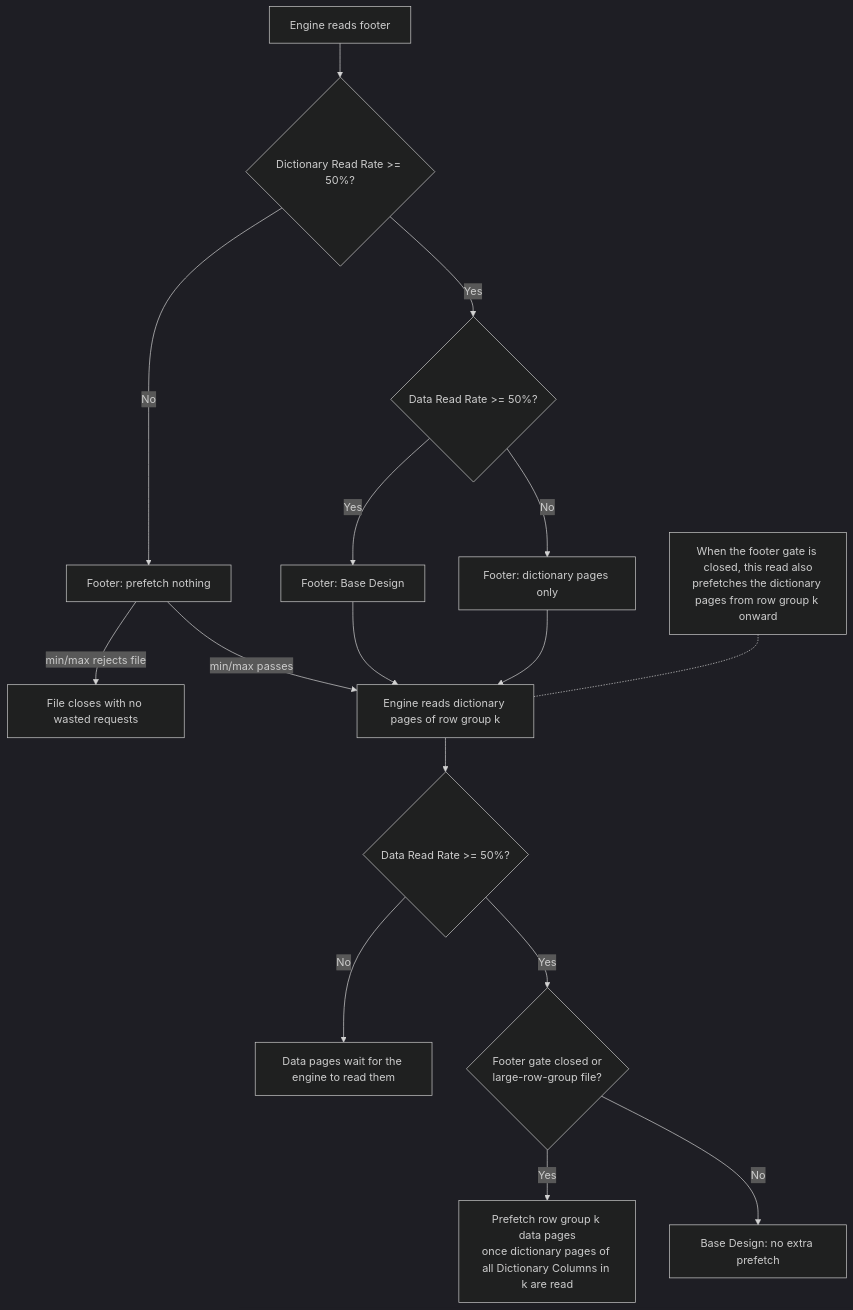
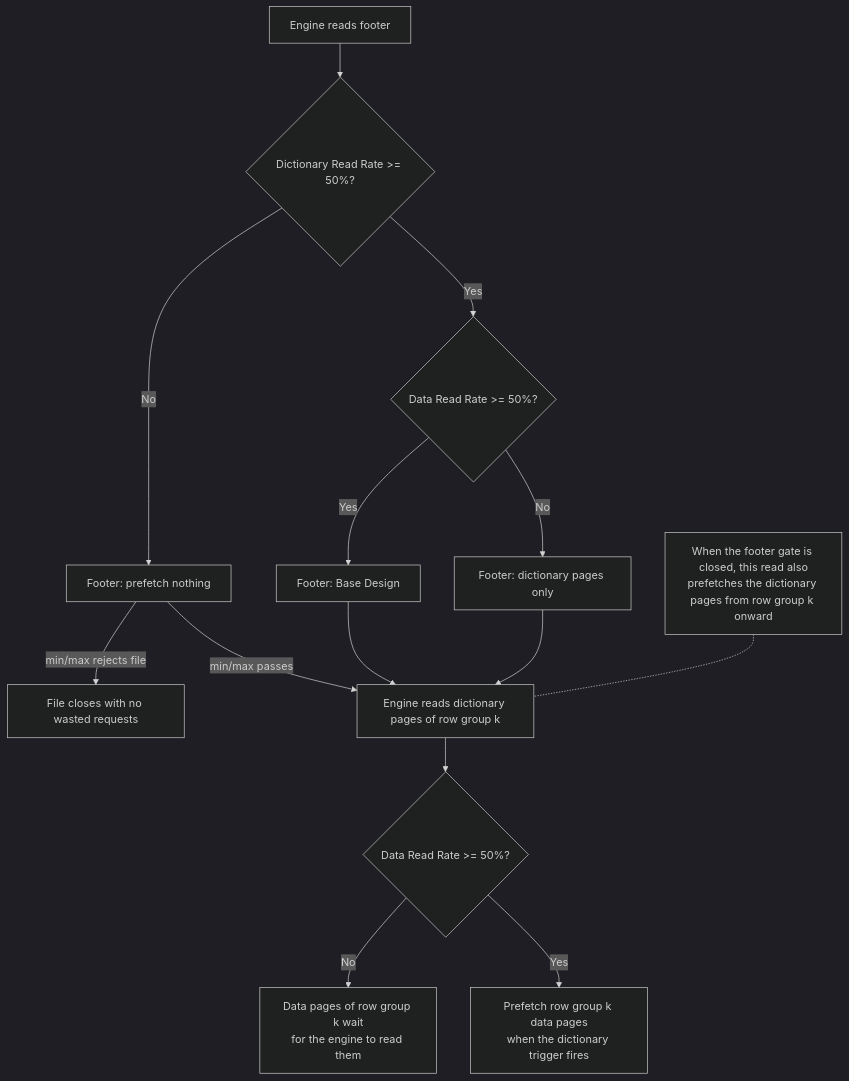
Before and after one commit to prudhvimaharishi/gcs-analytics-core: the sixth of 9 diagrams in .agents/predictive_prefetching_design_doc.md, drawn with Mermaid (dark theme). The commit also changed other lines of this file, not shown here.

````diff
--- a/.agents/predictive_prefetching_design_doc.md
+++ b/.agents/predictive_prefetching_design_doc.md
@@ -257,19 +323,17 @@
 ```mermaid
 flowchart TD
     Footer["Engine reads footer"] --> G1{"Dictionary Read Rate >= 50%?"}
     G1 -- "Yes" --> G2{"Data Read Rate >= 50%?"}
     G2 -- "Yes" --> FBase["Footer: Base Design"]
     G2 -- "No" --> FDict["Footer: dictionary pages only"]
     G1 -- "No" --> FNone["Footer: prefetch nothing"]
     FNone -- "min/max rejects file" --> Closed["File closes with no wasted requests"]
     FNone -- "min/max passes" --> Dict["Engine reads dictionary pages of row group k"]
     FBase --> Dict
     FDict --> Dict
     Dict --> G3{"Data Read Rate >= 50%?"}
-    G3 -- "No" --> Hold["Data pages wait for the engine to read them"]
-    G3 -- "Yes" --> G4{"Footer gate closed or<br/>large-row-group file?"}
-    G4 -- "Yes" --> DataK["Prefetch row group k data pages<br/>once dictionary pages of all Dictionary Columns in k are read"]
-    G4 -- "No" --> Base["Base Design: no extra prefetch"]
+    G3 -- "No" --> Hold["Data pages of row group k wait<br/>for the engine to read them"]
+    G3 -- "Yes" --> DataK["Prefetch row group k data pages<br/>when the dictionary trigger fires"]
     NoteDict["When the footer gate is closed, this read also<br/>prefetches the dictionary pages from row group k onward"]
     NoteDict -.- Dict
 ```
````
